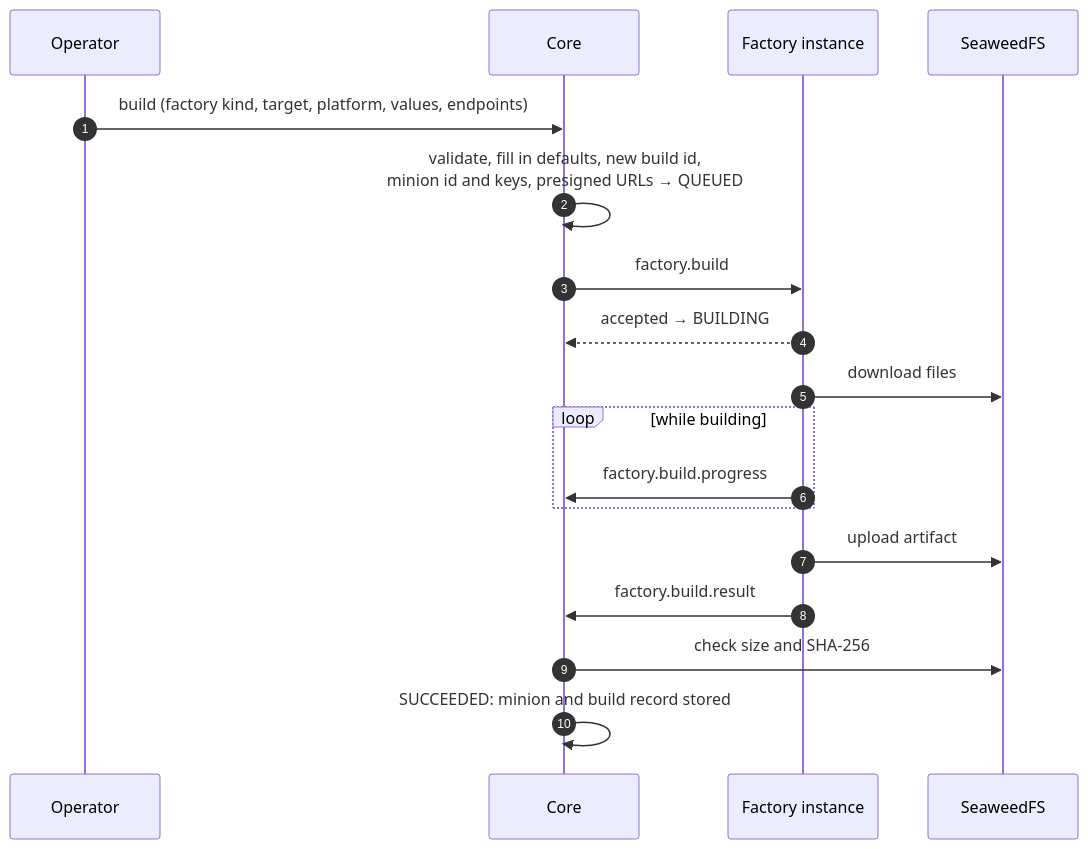
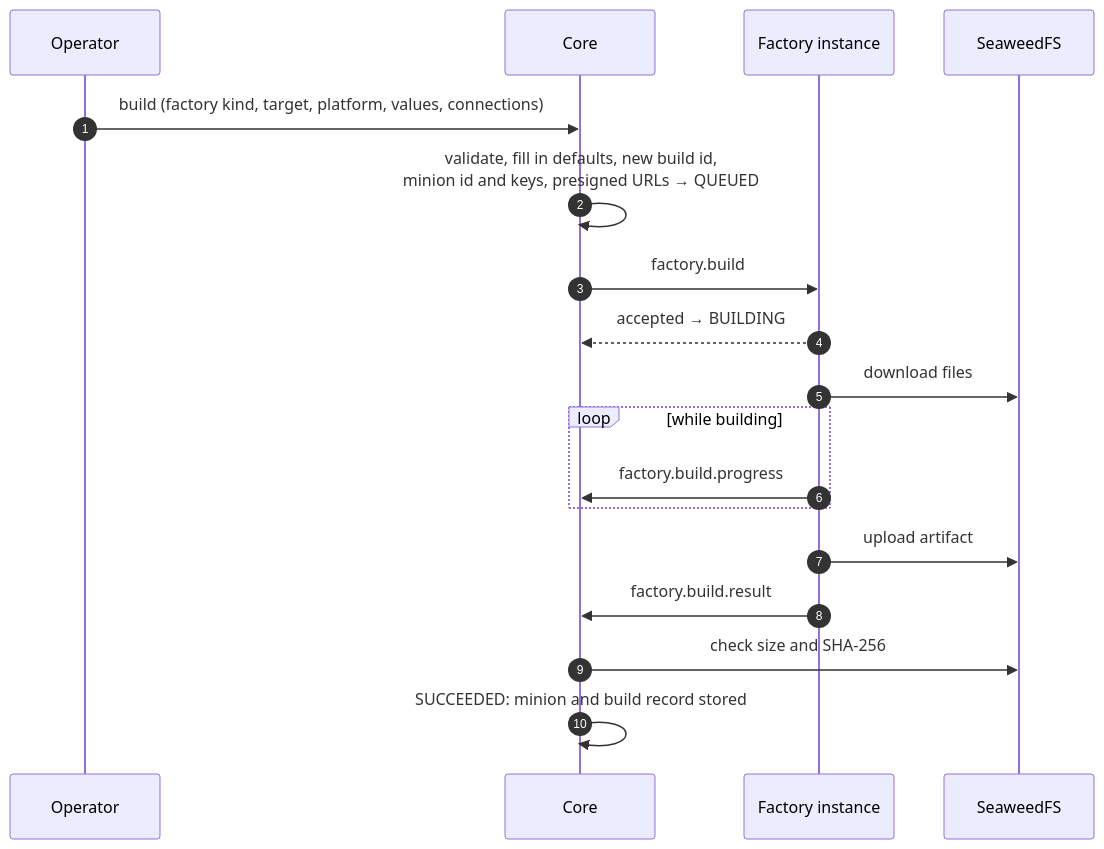
The second of 2 diagrams in src/content/docs/contracts/minion-build.md (LogosCore/logos-docs), drawn with Mermaid before and after one commit. The commit also changed other lines of this file and 1 other file, not shown here.

First line of the commit message:
Minion Build: connections hold their own settings

````diff
--- a/src/content/docs/contracts/minion-build.md
+++ b/src/content/docs/contracts/minion-build.md
@@ -219,20 +237,20 @@
 ```mermaid
 sequenceDiagram
     autonumber
     participant OP as Operator
     participant CORE as Core
     participant F as Factory instance
     participant S3 as SeaweedFS
-    OP->>CORE: build (factory kind, target, platform, values, endpoints)
+    OP->>CORE: build (factory kind, target, platform, values, connections)
     CORE->>CORE: validate, fill in defaults, new build id,<br/>minion id and keys, presigned URLs → QUEUED
     CORE->>F: factory.build
     F-->>CORE: accepted → BUILDING
     F->>S3: download files
     loop while building
         F->>CORE: factory.build.progress
     end
     F->>S3: upload artifact
     F->>CORE: factory.build.result
     CORE->>S3: check size and SHA-256
     CORE->>CORE: SUCCEEDED: minion and build record stored
 ```
````
